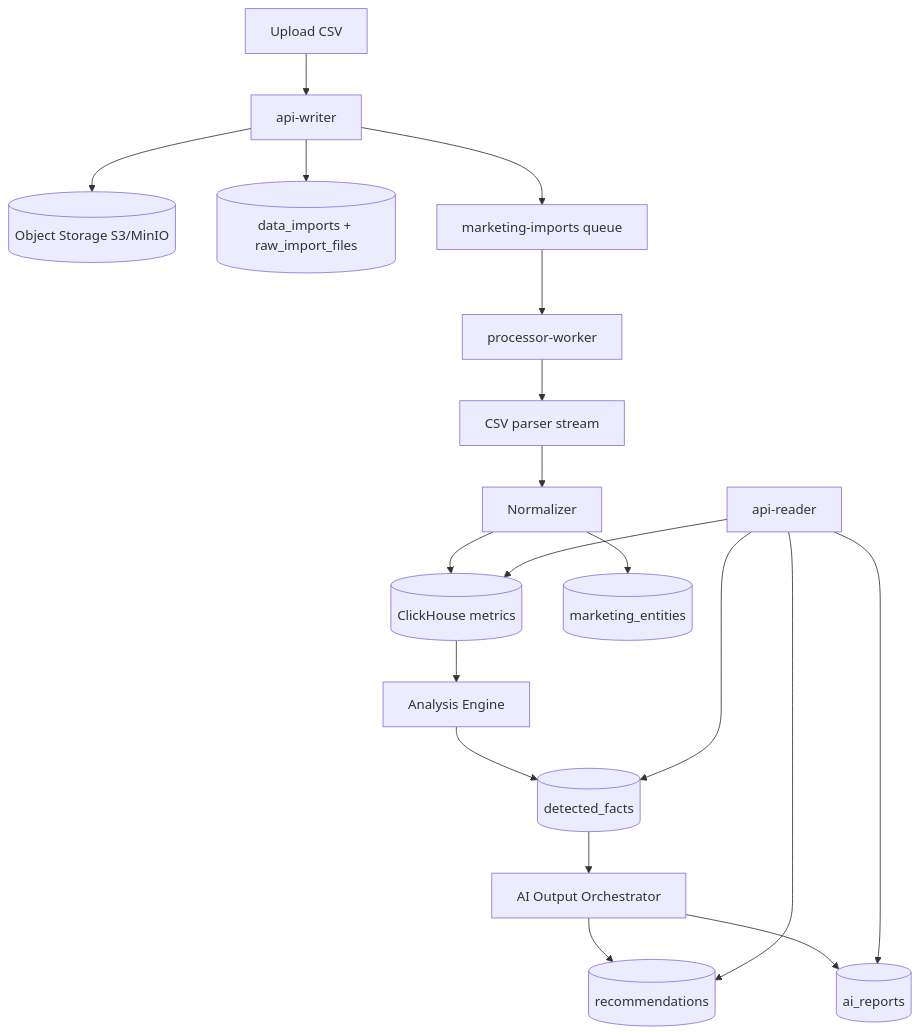
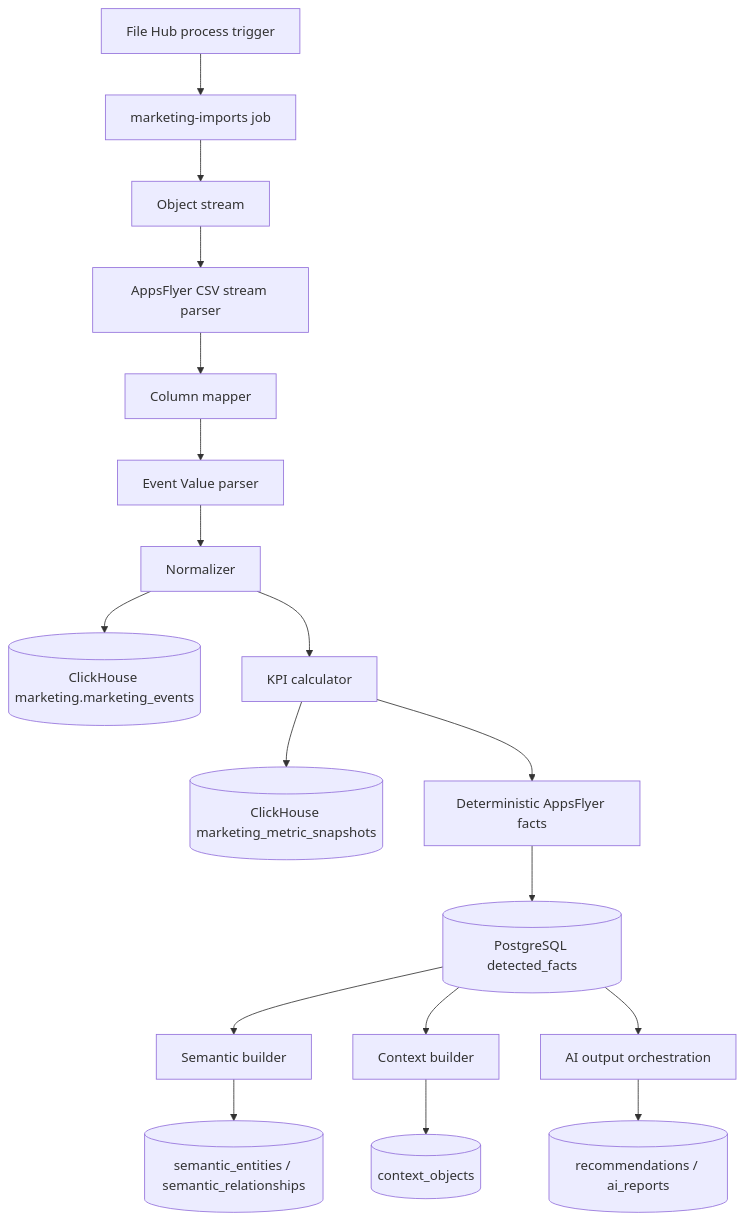
Before and after one commit to guxal/EventStreamPlatform: the third of 4 diagrams in docs_marketing_copilot.md, drawn with Mermaid. The commit also changed other lines of this file and 14 other files, not shown here.

````diff
--- a/docs_marketing_copilot.md
+++ b/docs_marketing_copilot.md
@@ -306,24 +149,20 @@
 ```mermaid
 flowchart TD
-  U[Upload CSV] --> W[api-writer]
-  W --> OF[(Object Storage S3/MinIO)]
-  W --> DI[(data_imports + raw_import_files)]
-  W --> MQ[marketing-imports queue]
-
-  MQ --> WK[processor-worker]
-  WK --> P[CSV parser stream]
-  P --> N[Normalizer]
-  N --> CH[(ClickHouse metrics)]
-  N --> ME[(marketing_entities)]
-  CH --> AE[Analysis Engine]
-  AE --> DF[(detected_facts)]
-
-  DF --> AI[AI Output Orchestrator]
-  AI --> RC[(recommendations)]
-  AI --> RP[(ai_reports)]
-
-  R[api-reader] --> CH
-  R --> DF
-  R --> RC
-  R --> RP
+  A[File Hub process trigger] --> B[marketing-imports job]
+  B --> C[Object stream]
+  C --> D[AppsFlyer CSV stream parser]
+  D --> E[Column mapper]
+  E --> F[Event Value parser]
+  F --> G[Normalizer]
+  G --> H[(ClickHouse marketing.marketing_events)]
+  G --> I[KPI calculator]
+  I --> J[(ClickHouse marketing_metric_snapshots)]
+  I --> K[Deterministic AppsFlyer facts]
+  K --> L[(PostgreSQL detected_facts)]
+  L --> M[Semantic builder]
+  M --> N[(semantic_entities / semantic_relationships)]
+  L --> O[Context builder]
+  O --> P[(context_objects)]
+  L --> Q[AI output orchestration]
+  Q --> R[(recommendations / ai_reports)]
 ```
````
